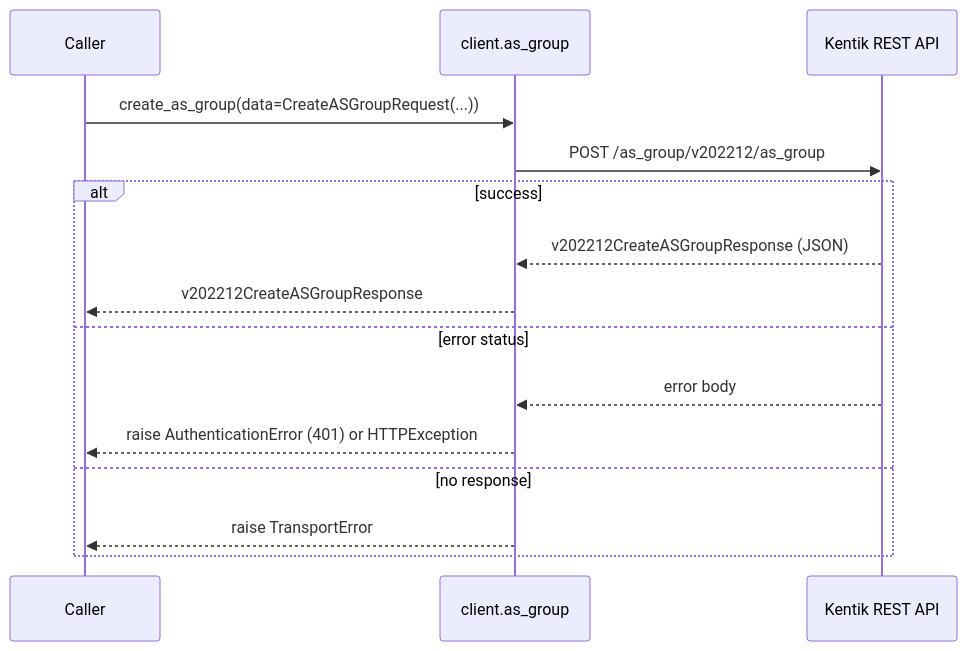
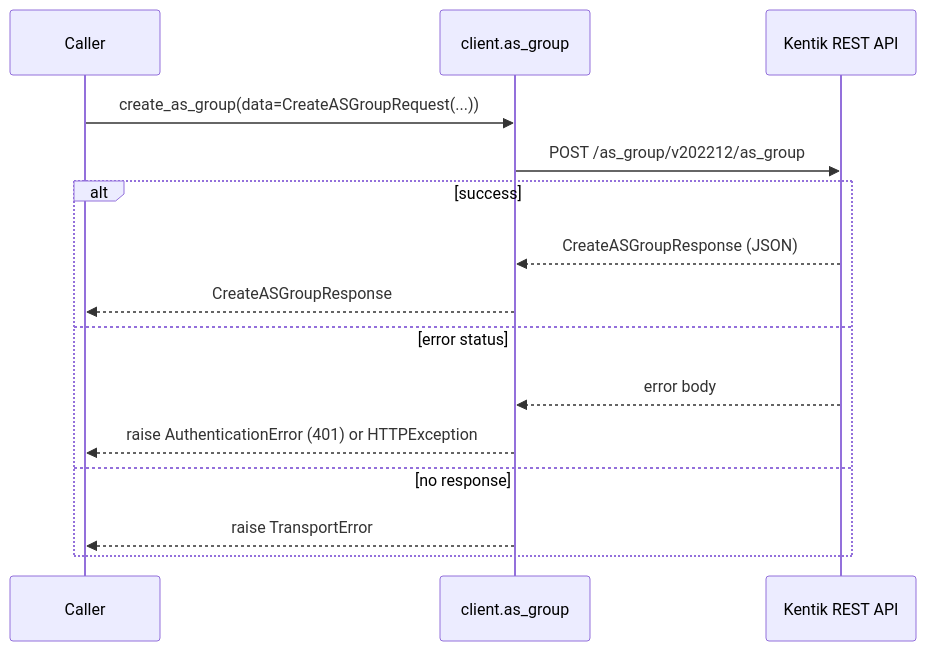
The fourth of 12 diagrams in docs/sphinx/services/as_group.md (alexdearaujo/community_sdk_python), drawn with Mermaid before and after one commit. The commit also changed other lines of this file and 38 other files, not shown here.

````diff
--- a/docs/sphinx/services/as_group.md
+++ b/docs/sphinx/services/as_group.md
@@ -106,18 +106,18 @@
 ```mermaid
 sequenceDiagram
     participant C as Caller
     participant W as client.as_group
     participant API as Kentik REST API
 
     C->>W: create_as_group(data=CreateASGroupRequest(...))
     W->>API: POST /as_group/v202212/as_group
     alt success
-        API-->>W: v202212CreateASGroupResponse (JSON)
-        W-->>C: v202212CreateASGroupResponse
+        API-->>W: CreateASGroupResponse (JSON)
+        W-->>C: CreateASGroupResponse
     else error status
         API-->>W: error body
         W-->>C: raise AuthenticationError (401) or HTTPException
     else no response
         W-->>C: raise TransportError
     end
 ```
````
